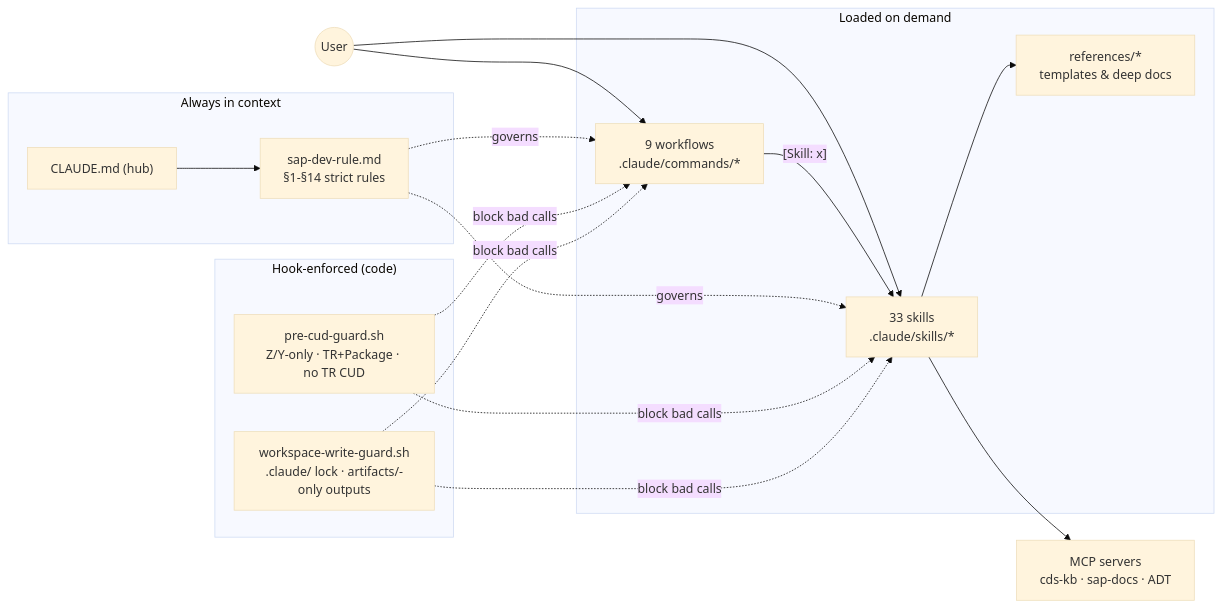
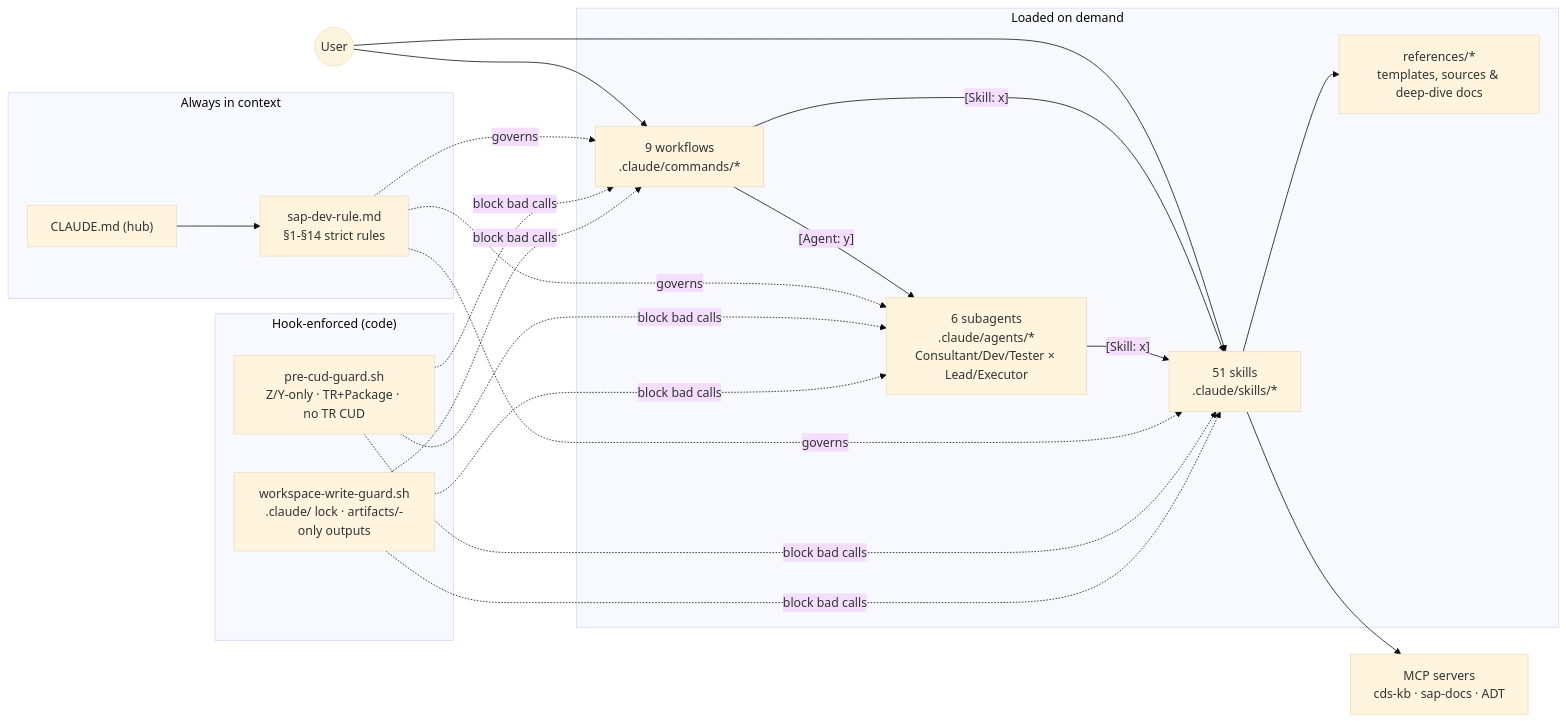
One commit to dovoanhtruong/abap-agent-claudecode-workspace changed the first of 2 diagrams in README.md. Above: the diagram before and after it, drawn with Mermaid (base theme). The commit also changed other lines of this file and 76 other files, not shown here.

````diff
--- a/README.md
+++ b/README.md
@@ -17,20 +18,23 @@
 ```mermaid
 flowchart LR
     subgraph CTX["Always in context"]
         CM["CLAUDE.md (hub)"] --> RULE["sap-dev-rule.md<br/>§1-§14 strict rules"]
     end
     subgraph ONDEMAND["Loaded on demand"]
-        SK["33 skills<br/>.claude/skills/*"] --> REF["references/*<br/>templates & deep docs"]
+        SK["51 skills<br/>.claude/skills/*"] --> REF["references/*<br/>templates, sources & deep-dive docs"]
         WF["9 workflows<br/>.claude/commands/*"]
+        AG["6 subagents<br/>.claude/agents/*<br/>Consultant/Dev/Tester × Lead/Executor"]
     end
     subgraph ENFORCE["Hook-enforced (code)"]
         H1["pre-cud-guard.sh<br/>Z/Y-only · TR+Package · no TR CUD"]
         H2["workspace-write-guard.sh<br/>.claude/ lock · artifacts/-only outputs"]
     end
     USER((User)) --> WF
     USER --> SK
     WF -->|"[Skill: x]"| SK
-    RULE -.governs.-> WF & SK
-    H1 & H2 -.block bad calls.-> WF & SK
+    WF -->|"[Agent: y]"| AG
+    AG -->|"[Skill: x]"| SK
+    RULE -.governs.-> WF & SK & AG
+    H1 & H2 -.block bad calls.-> WF & SK & AG
     SK --> MCP["MCP servers<br/>cds-kb · sap-docs · ADT"]
 ```
````
